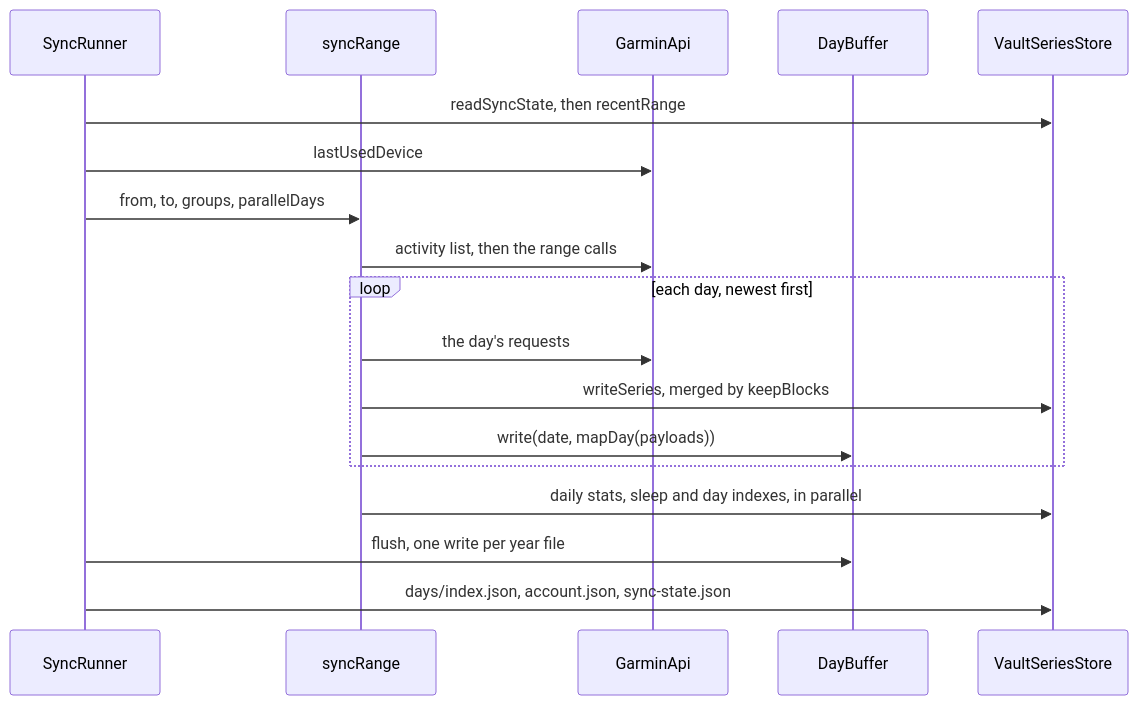
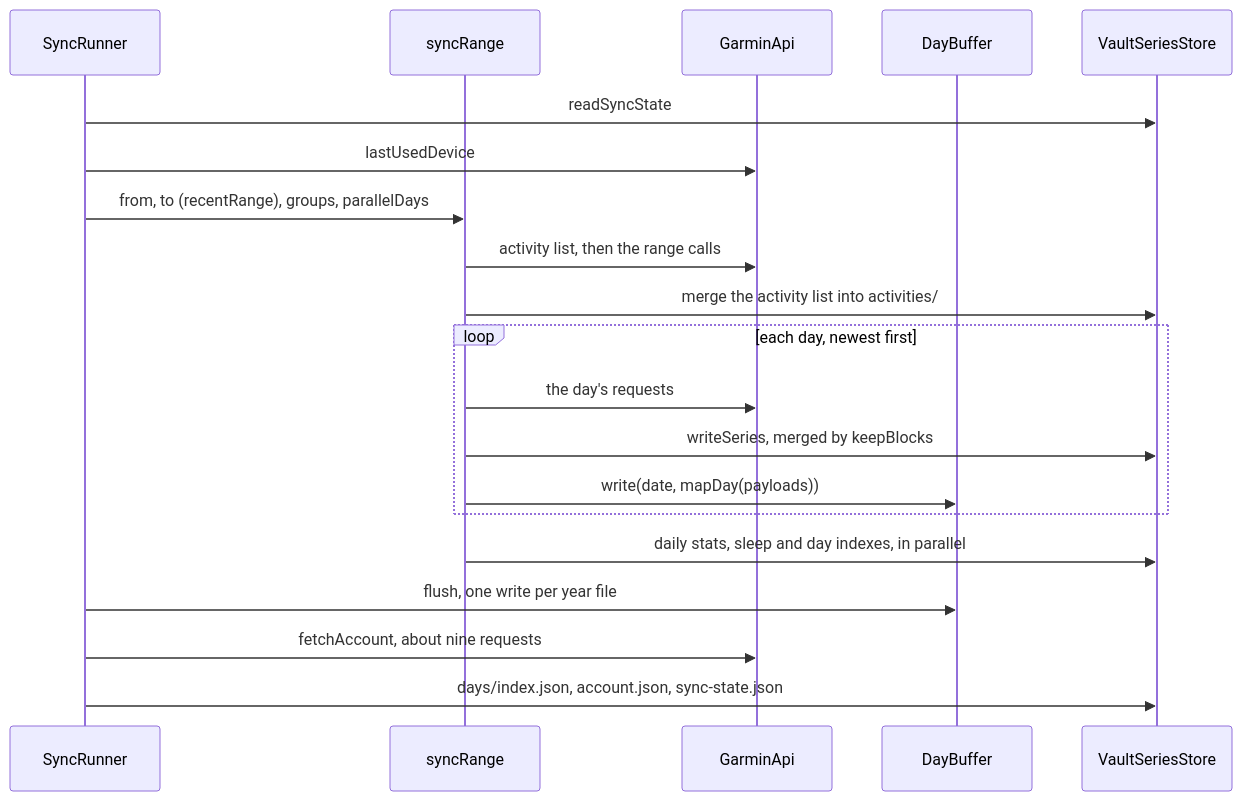
One commit to tareqayz/Obsidian-Garmin-Connect changed the second of 4 diagrams in docs/architecture.md. Above: the diagram before and after it, drawn with Mermaid. The commit also changed other lines of this file and 14 other files, not shown here.

````diff
--- a/docs/architecture.md
+++ b/docs/architecture.md
@@ -168,20 +169,22 @@
 ```mermaid
 sequenceDiagram
   participant R as SyncRunner
   participant E as syncRange
   participant G as GarminApi
   participant B as DayBuffer
   participant S as VaultSeriesStore
-  R->>S: readSyncState, then recentRange
+  R->>S: readSyncState
   R->>G: lastUsedDevice
-  R->>E: from, to, groups, parallelDays
+  R->>E: from, to (recentRange), groups, parallelDays
   E->>G: activity list, then the range calls
+  E->>S: merge the activity list into activities/
   loop each day, newest first
     E->>G: the day's requests
     E->>S: writeSeries, merged by keepBlocks
     E->>B: write(date, mapDay(payloads))
   end
   E->>S: daily stats, sleep and day indexes, in parallel
   R->>B: flush, one write per year file
+  R->>G: fetchAccount, about nine requests
   R->>S: days/index.json, account.json, sync-state.json
 ```
````
